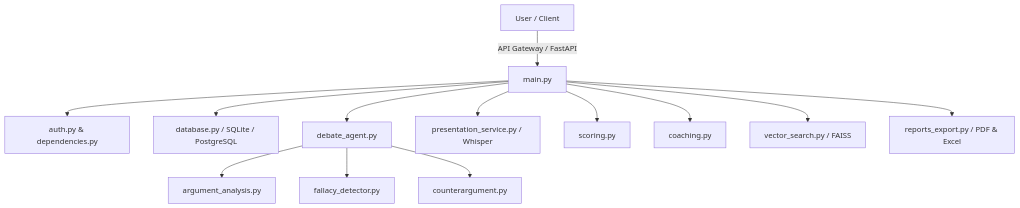
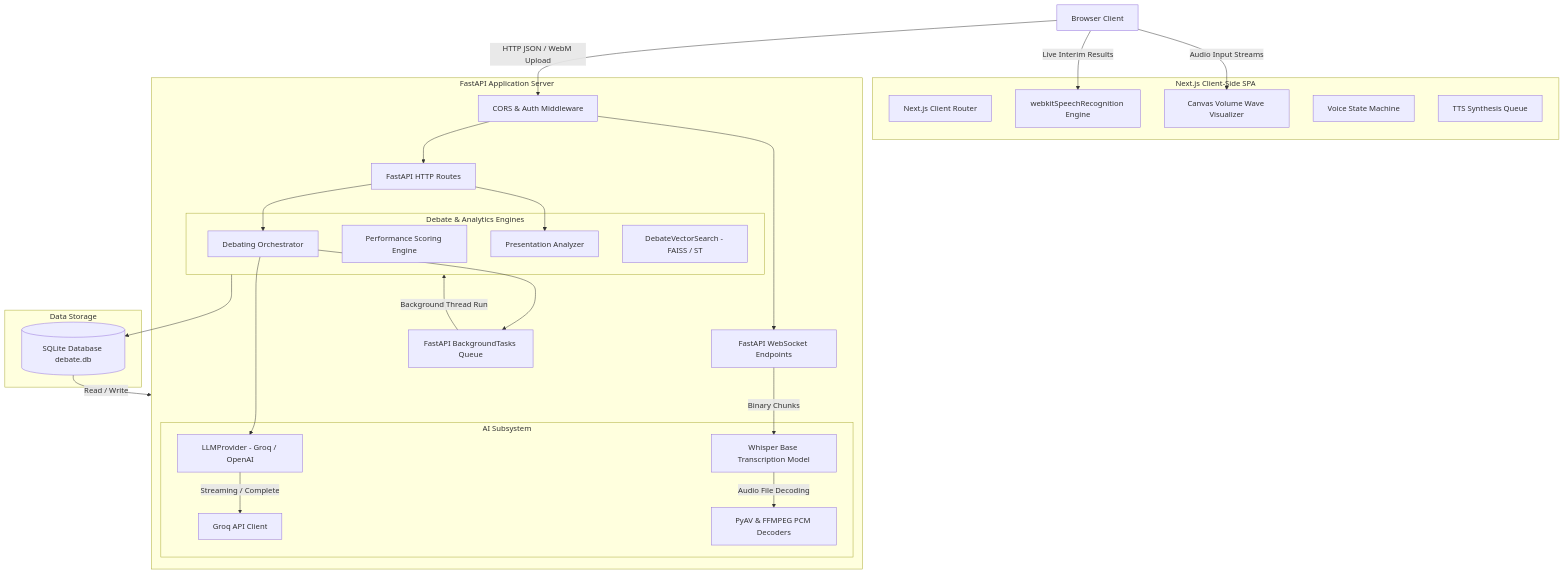
One commit to springboardmentor1979c-dev/Agentic-AI-Debate-Coach-Presentation-Analysis-Platform changed the first of 3 diagrams in README.md. Above: the diagram before and after it, drawn with Mermaid. The commit also changed other lines of this file and 6933 other files, not shown here.

Commit message:
Enhance UI/UX, optimize debate engine, improve speech pipeline, fix bugs

````diff
--- a/README.md
+++ b/README.md
@@ -7,15 +7,60 @@
 ```mermaid
 graph TD
-  User[User / Client] -->|API Gateway / FastAPI| MainApp[main.py]
-  MainApp --> Auth[auth.py & dependencies.py]
-  MainApp --> DB[database.py / SQLite / PostgreSQL]
-  MainApp --> Orchestrator[debate_agent.py]
-  Orchestrator --> Analyzer[argument_analysis.py]
-  Orchestrator --> Fallacy[fallacy_detector.py]
-  Orchestrator --> Rebuttal[counterargument.py]
-  MainApp --> Speech[presentation_service.py / Whisper]
-  MainApp --> Scoring[scoring.py]
-  MainApp --> Coaching[coaching.py]
-  MainApp --> Search[vector_search.py / FAISS]
-  MainApp --> Exports[reports_export.py / PDF & Excel]
+    Browser[Browser Client]
+    
+    subgraph Frontend [Next.js Client-Side SPA]
+        Router[Next.js Client Router]
+        SpeechRec[webkitSpeechRecognition Engine]
+        VolumeAnim[Canvas Volume Wave Visualizer]
+        StateEngine[Voice State Machine]
+        TTSQueue[TTS Synthesis Queue]
+    end
+    
+    subgraph Backend [FastAPI Application Server]
+        RouterMiddleware[CORS & Auth Middleware]
+        API_Endpoints[FastAPI HTTP Routes]
+        FastAPI_WS[FastAPI WebSocket Endpoints]
+        BackgroundTasks[FastAPI BackgroundTasks Queue]
+        
+        subgraph EngineLayer [Debate & Analytics Engines]
+            Orchestrator[Debating Orchestrator]
+            ScoringEngine[Performance Scoring Engine]
+            PresentationService[Presentation Analyzer]
+            VectorSearch[DebateVectorSearch - FAISS / ST]
+        end
+        
+        subgraph AISubsystem [AI Subsystem]
+            LLMProvider[LLMProvider - Groq / OpenAI]
+            LLM_Groq[Groq API Client]
+            SpeechModel[Whisper Base Transcription Model]
+            PyAV_Dec[PyAV & FFMPEG PCM Decoders]
+        end
+    end
+    
+    subgraph DatabaseLayer [Data Storage]
+        SQLite_DB[(SQLite Database debate.db)]
+    end
+
+    Browser -->|HTTP JSON / WebM Upload| RouterMiddleware
+    Browser -->|Live Interim Results| SpeechRec
+    Browser -->|Audio Input Streams| VolumeAnim
+    
+    RouterMiddleware --> API_Endpoints
+    RouterMiddleware --> FastAPI_WS
+    
+    API_Endpoints --> Orchestrator
+    API_Endpoints --> PresentationService
+    
+    Orchestrator --> LLMProvider
+    Orchestrator --> BackgroundTasks
+    
+    BackgroundTasks -->|Background Thread Run| EngineLayer
+    
+    LLMProvider -->|Streaming / Complete| LLM_Groq
+    
+    FastAPI_WS -->|Binary Chunks| SpeechModel
+    SpeechModel -->|Audio File Decoding| PyAV_Dec
+    
+    EngineLayer --> SQLite_DB
+    SQLite_DB -->|Read / Write| Backend
 ```
````
